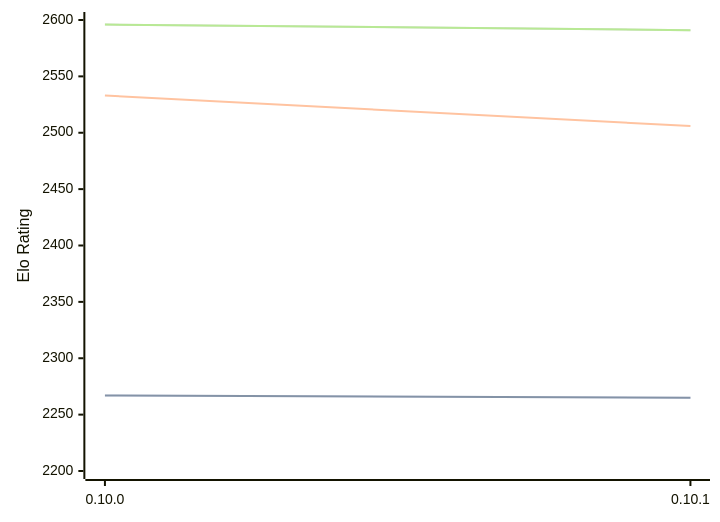
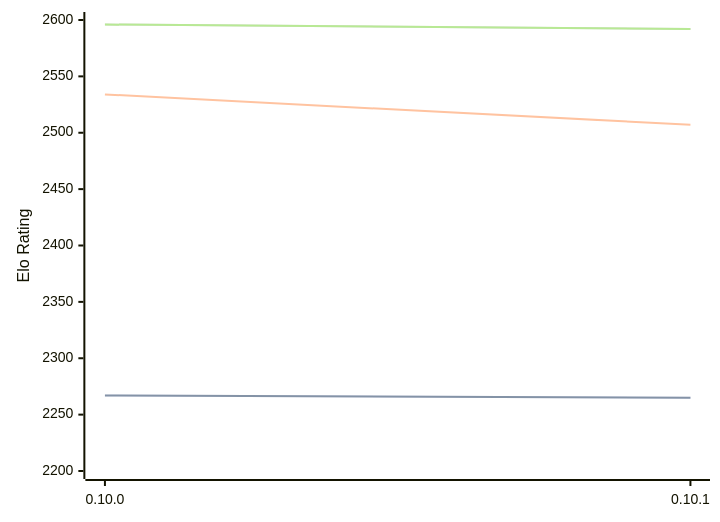
Before and after one commit to computer-chess-index/cci: the third of 3 diagrams in engines/Fatalii.md, drawn with Mermaid. The commit also changed other lines of this file, not shown here.

Commit message:
Update CCI Ratings (ELO VLTC) - 2026-07-13

````diff
--- a/engines/Fatalii.md
+++ b/engines/Fatalii.md
@@ -79,11 +79,11 @@
 ```mermaid
 %%{init: {"theme":"base","themeVariables":{"seriesColors:['#a3a3a3','#222221','#faa371']}}}%%
 xychart-beta
   x-axis ["0.10.0", "0.10.1"]
   y-axis "Elo Rating" 2200 --> 2600
   line "STC (8.0+0.08s)" [2267, 2265]
   line "STC (8.0+0.08s)" [2267, 2265]
-  line "LTC (60.0+0.60s)" [2533, 2506]
-  line "VLTC (2m24s+1.12s)" [2596, 2591]
-  line "VLTC (2m24s+1.12s)" [2596, 2591]
+  line "LTC (60.0+0.60s)" [2534, 2507]
+  line "VLTC (2m24s+1.12s)" [2596, 2592]
+  line "VLTC (2m24s+1.12s)" [2596, 2592]
 ```
````
